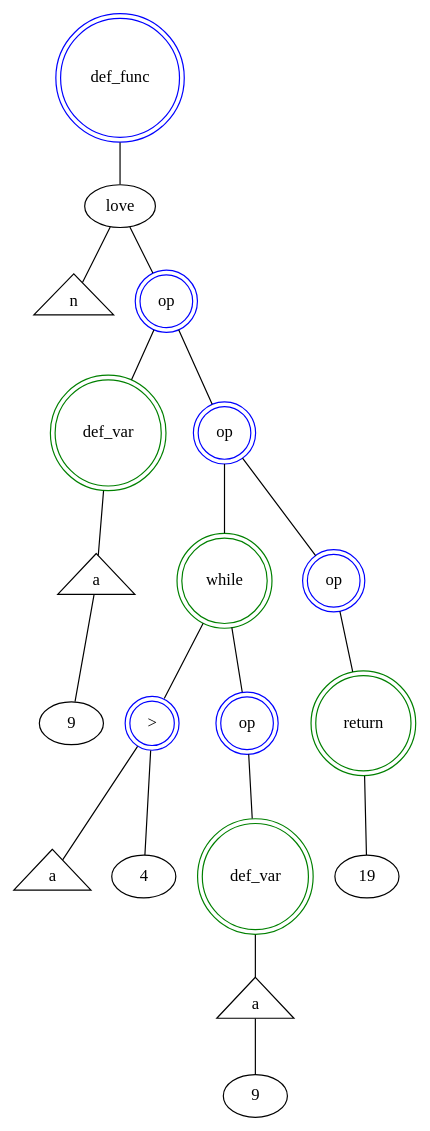
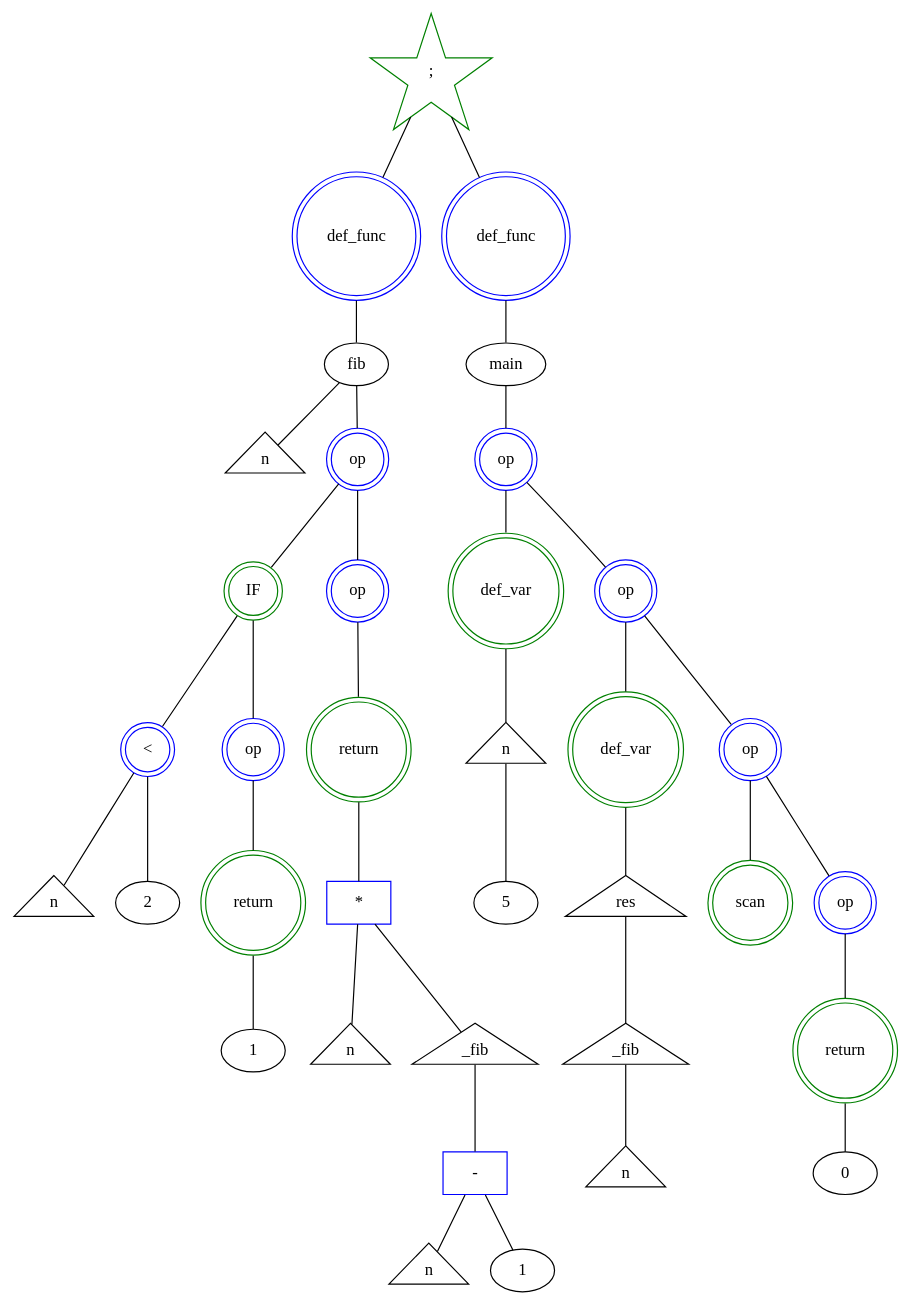
The diagram in gr1.dot (vvdvortsova/the_cure_language), drawn with Graphviz before and after one commit. The commit also changed 9 other files, not shown here.

```diff
--- a/gr1.dot
+++ b/gr1.dot
@@ -1,39 +1,79 @@
 graph astdump {
-_11DF[shape=doublecircle, color=blue,label="def_func"]
-_11DF -- _10FN;
-_10FN [label="love"]
-_10FN -- _3V;
+_0P[shape=star, color=green,label=";"]
+_0P -- _10DF;
+_10DF[shape=doublecircle, color=blue,label="def_func"]
+_0P -- _21DF;
+_21DF[shape=doublecircle, color=blue,label="def_func"]
+_10DF[shape=doublecircle, color=blue,label="def_func"]
+_10DF -- _9FN;
+_9FN [label="fib"]
+_9FN -- _3V;
 _3V [shape=triangle,label="n"]
-_10FN -- _2OP;
-_2OP[shape=doublecircle, color=blue,label="op"]
-_2OP -- _6SO;
-_2OP -- _7OP;
-_6SO[shape=doublecircle, color=green,label="def_var"]
-_6SO -- _7V;
-_7V [shape=triangle,label="a"]
-_7V -- _9N9;
-_9N9 [label="9"]
-_7OP[shape=doublecircle, color=blue,label="op"]
-_7OP -- _11SO;
-_7OP -- _10OP;
-_11SO[shape=doublecircle, color=green,label="while"]
-_11SO -- _7BOP;
-_11SO -- _5OP;
-_7BOP[shape=doublecircle, color=blue,label=">"]
-_7BOP -- _13V;
-_13V [shape=triangle,label="a"]
-_7BOP -- _15N4;
-_15N4 [label="4"]
-_5OP[shape=doublecircle, color=blue,label="op"]
-_5OP -- _18SO;
-_18SO[shape=doublecircle, color=green,label="def_var"]
-_18SO -- _19V;
-_19V [shape=triangle,label="a"]
-_19V -- _21N9;
-_21N9 [label="9"]
-_10OP[shape=doublecircle, color=blue,label="op"]
-_10OP -- _7SO;
-_7SO[shape=doublecircle, color=green,label="return"]
-_7SO -- _26N19;
-_26N19 [label="19"]
+_9FN -- _6OP;
+_6OP[shape=doublecircle, color=blue,label="op"]
+_6OP -- _7SO;
+_6OP -- _9OP;
+_7SO[shape=doublecircle, color=green,label="IF"]
+_7SO -- _5BOP;
+_7SO -- _4OP;
+_5BOP[shape=doublecircle, color=blue,label="<"]
+_5BOP -- _8V;
+_8V [shape=triangle,label="n"]
+_5BOP -- _10N2;
+_10N2 [label="2"]
+_4OP[shape=doublecircle, color=blue,label="op"]
+_4OP -- _1SO;
+_1SO[shape=doublecircle, color=green,label="return"]
+_1SO -- _14N1;
+_14N1 [label="1"]
+_9OP[shape=doublecircle, color=blue,label="op"]
+_9OP -- _6SO;
+_6SO[shape=doublecircle, color=green,label="return"]
+_6SO -- _28MO3;
+_28MO3 [label="3"]
+_28MO3[shape=box, color=blue,label="*"]
+_28MO3 -- _20V;
+_20V [shape=triangle,label="n"]
+_28MO3 -- _22CF;
+_22CF [shape=triangle,label="_fib"]
+_22CF [shape=triangle,label="_fib"]
+_22CF -- _27MO1;
+_27MO1 [label="1"]
+_27MO1[shape=box, color=blue,label="-"]
+_27MO1 -- _24V;
+_24V [shape=triangle,label="n"]
+_27MO1 -- _26N1;
+_26N1 [label="1"]
+_21DF[shape=doublecircle, color=blue,label="def_func"]
+_21DF -- _20FN;
+_20FN [label="main"]
+_20FN -- _13OP;
+_13OP[shape=doublecircle, color=blue,label="op"]
+_13OP -- _37SO;
+_13OP -- _15OP;
+_37SO[shape=doublecircle, color=green,label="def_var"]
+_37SO -- _38V;
+_38V [shape=triangle,label="n"]
+_38V -- _40N5;
+_40N5 [label="5"]
+_15OP[shape=doublecircle, color=blue,label="op"]
+_15OP -- _42SO;
+_15OP -- _17OP;
+_42SO[shape=doublecircle, color=green,label="def_var"]
+_42SO -- _43V;
+_43V [shape=triangle,label="res"]
+_43V -- _45CF;
+_45CF [shape=triangle,label="_fib"]
+_45CF [shape=triangle,label="_fib"]
+_45CF -- _47V;
+_47V [shape=triangle,label="n"]
+_17OP[shape=doublecircle, color=blue,label="op"]
+_17OP -- _54SO;
+_17OP -- _20OP;
+_54SO[shape=doublecircle, color=green,label="scan"]
+_20OP[shape=doublecircle, color=blue,label="op"]
+_20OP -- _17SO;
+_17SO[shape=doublecircle, color=green,label="return"]
+_17SO -- _57N0;
+_57N0 [label="0"]
 }
```
